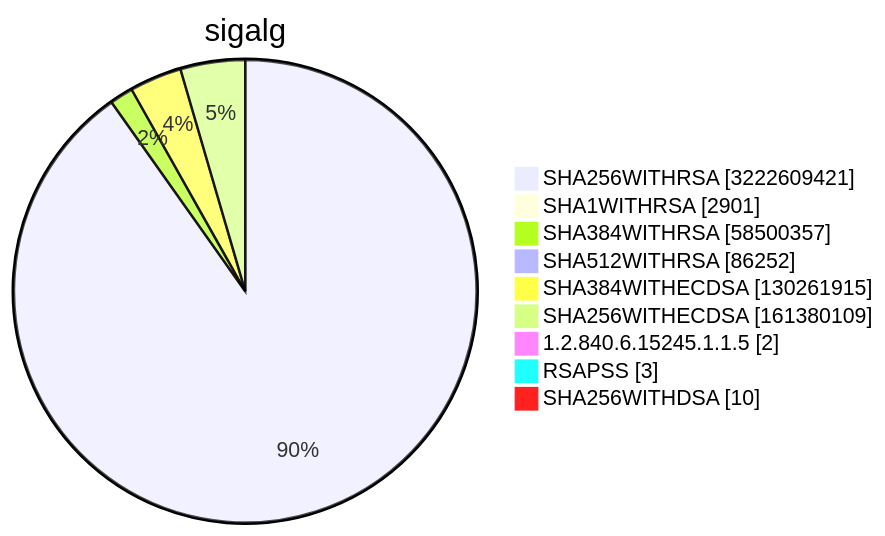
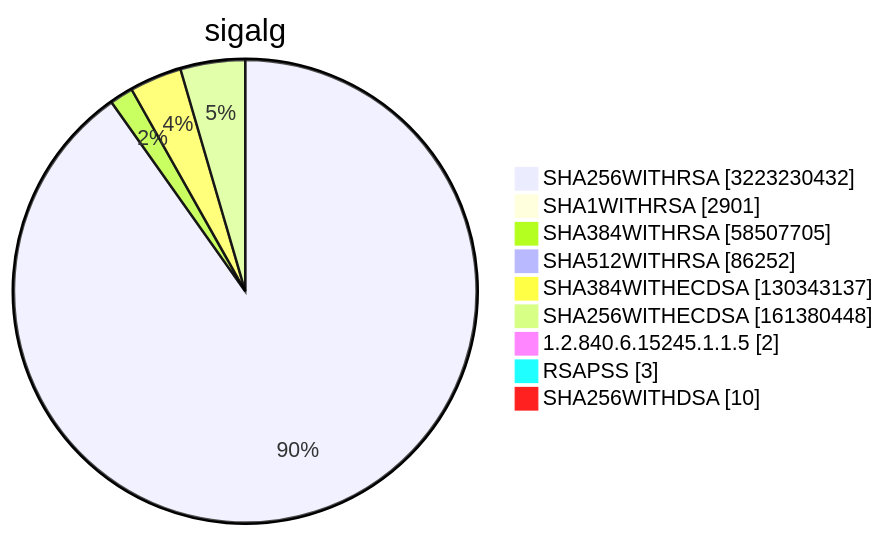
Before and after one commit to christiankrug/ctmonitor_visualization: diagram 15 of 15 in TOTAL/README.md, drawn with Mermaid. The commit also changed other lines of this file, not shown here.

````diff
--- a/TOTAL/README.md
+++ b/TOTAL/README.md
@@ -6217,13 +6217,13 @@
 ```mermaid
 pie showData
 title sigalg
-"SHA256WITHRSA" :3222609421
+"SHA256WITHRSA" :3223230432
 "SHA1WITHRSA" :2901
-"SHA384WITHRSA" :58500357
+"SHA384WITHRSA" :58507705
 "SHA512WITHRSA" :86252
-"SHA384WITHECDSA" :130261915
-"SHA256WITHECDSA" :161380109
+"SHA384WITHECDSA" :130343137
+"SHA256WITHECDSA" :161380448
 "1.2.840.6.15245.1.1.5" :2
 "RSAPSS" :3
 "SHA256WITHDSA" :10
 ```
````
